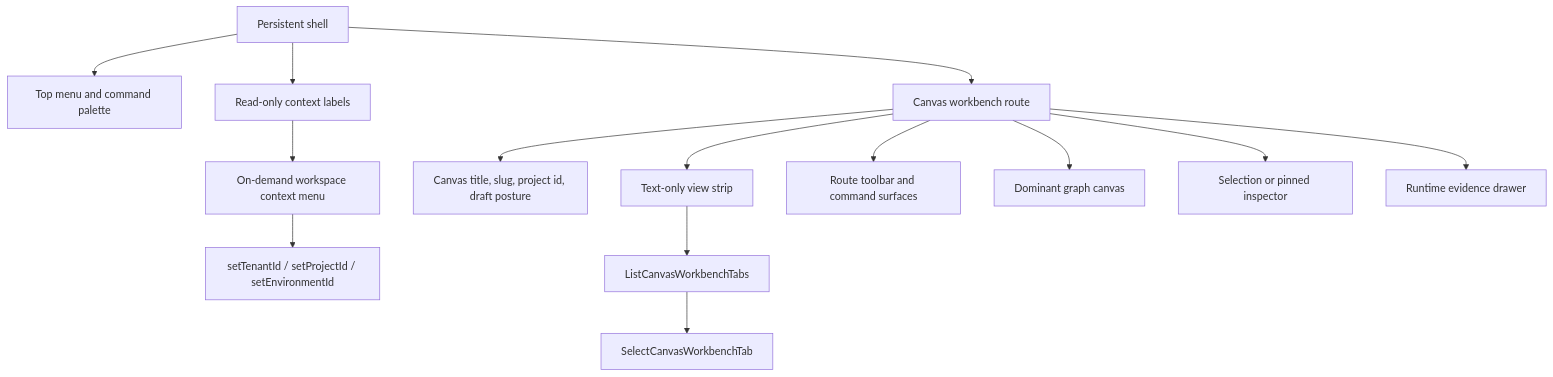
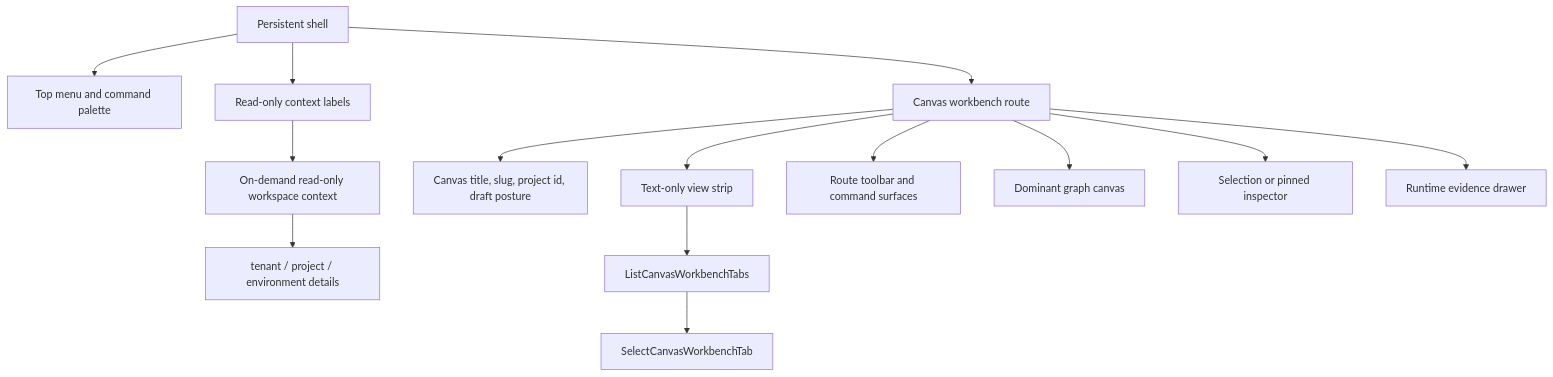
One commit to dunay2/dvt changed the diagram in docs/planning/proposals/mandatory/frontend-and-ux/canvas-workbench-stage-1-chrome-simplification-implementation-plan-20260506.md. Above: the diagram before and after it, drawn with Mermaid. The commit also changed other lines of this file and 31 other files, not shown here.

Commit message:
fix(web): Make shell workspace context read-only

````diff
--- a/docs/planning/proposals/mandatory/frontend-and-ux/canvas-workbench-stage-1-chrome-simplification-implementation-plan-20260506.md
+++ b/docs/planning/proposals/mandatory/frontend-and-ux/canvas-workbench-stage-1-chrome-simplification-implementation-plan-20260506.md
@@ -235,16 +239,16 @@
 ```mermaid
 flowchart TB
   Shell["Persistent shell"] --> TopMenu["Top menu and command palette"]
   Shell --> Context["Read-only context labels"]
   Shell --> Canvas["Canvas workbench route"]
-  Context --> ContextMenu["On-demand workspace context menu"]
-  ContextMenu --> ScopeCommands["setTenantId / setProjectId / setEnvironmentId"]
+  Context --> ContextMenu["On-demand read-only workspace context"]
+  ContextMenu --> ContextDetails["tenant / project / environment details"]
   Canvas --> Title["Canvas title, slug, project id, draft posture"]
   Canvas --> Strip["Text-only view strip"]
   Canvas --> Commands["Route toolbar and command surfaces"]
   Canvas --> Graph["Dominant graph canvas"]
   Canvas --> Inspector["Selection or pinned inspector"]
   Canvas --> Runtime["Runtime evidence drawer"]
   Strip --> Tabs["ListCanvasWorkbenchTabs"]
   Tabs --> Select["SelectCanvasWorkbenchTab"]
 ```
````
